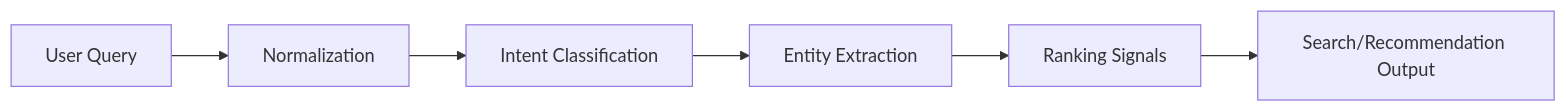
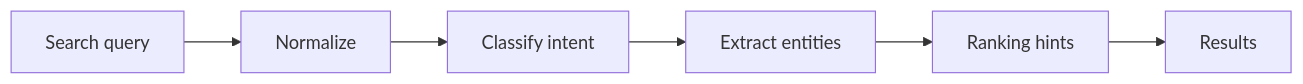
The second of 3 diagrams in docs/ai-features.md (BLKFNDRPH/blkfndrapp), drawn with Mermaid before and after one commit. The commit also changed other lines of this file and 18 other files, not shown here.

````diff
--- a/docs/ai-features.md
+++ b/docs/ai-features.md
@@ -110,8 +151,8 @@
 ```mermaid
 flowchart LR
-    Q[User Query] --> N[Normalization]
-    N --> I[Intent Classification]
-    I --> E[Entity Extraction]
-    E --> R[Ranking Signals]
-    R --> O[Search/Recommendation Output]
+    Q[Search query] --> N[Normalize]
+    N --> I[Classify intent]
+    I --> E[Extract entities]
+    E --> R[Ranking hints]
+    R --> O[Results]
 ```
````
